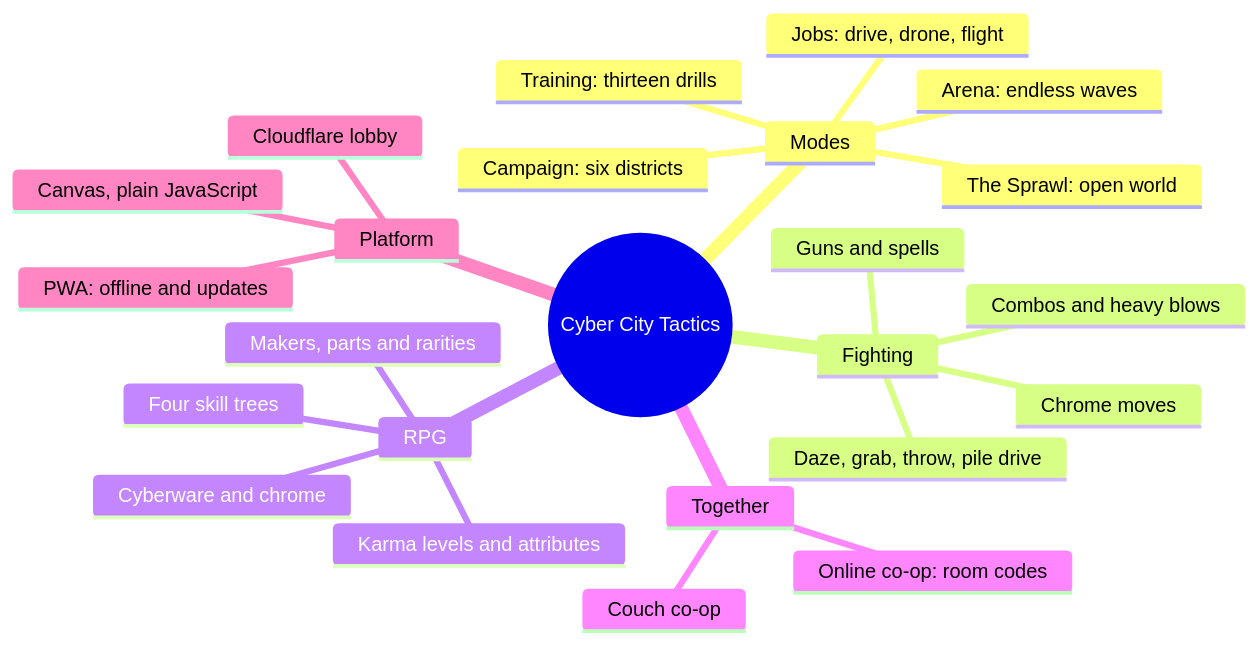
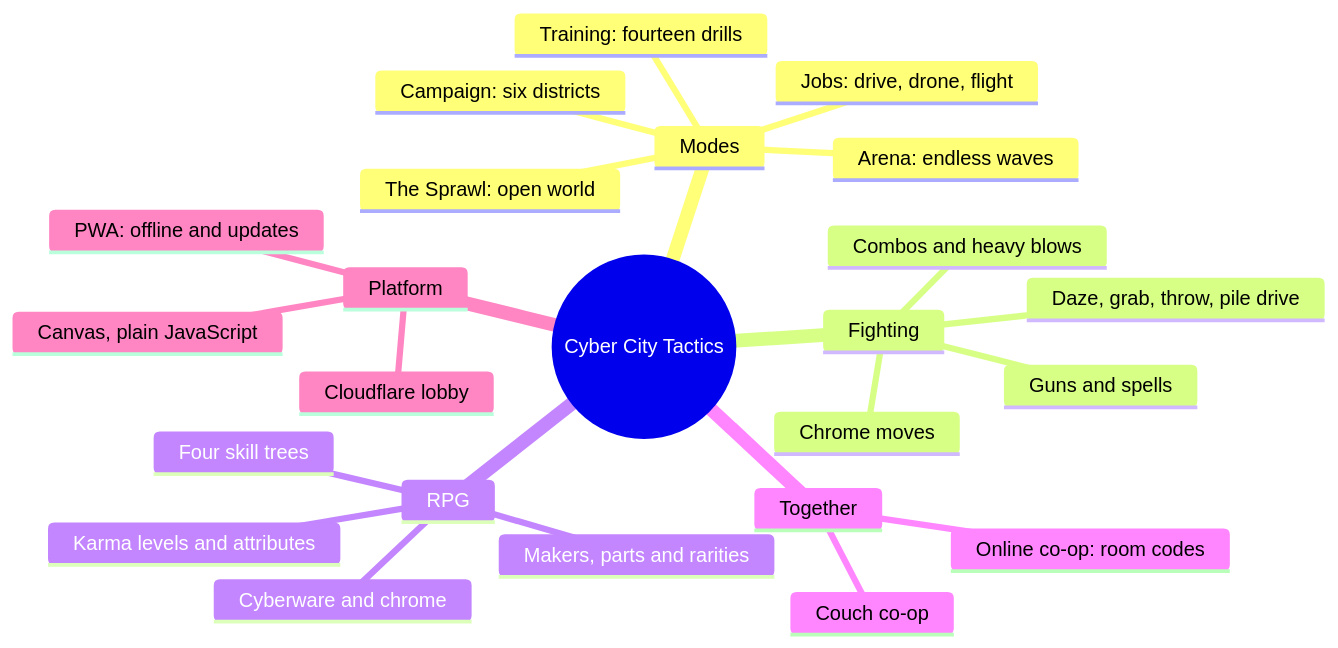
One commit to CptNope/Cyber-City-Tactics changed the diagram in docs/wiki/Home.md. Above: the diagram before and after it, drawn with Mermaid. The commit also changed 26 other files, not shown here.

````diff
--- a/docs/wiki/Home.md
+++ b/docs/wiki/Home.md
@@ -7,27 +7,27 @@
 ```mermaid
 mindmap
   root((Cyber City Tactics))
     Modes
       Campaign: six districts
       The Sprawl: open world
       Arena: endless waves
       Jobs: drive, drone, flight
-      Training: thirteen drills
+      Training: fourteen drills
     Fighting
       Combos and heavy blows
       Daze, grab, throw, pile drive
       Guns and spells
       Chrome moves
     RPG
       Karma levels and attributes
       Four skill trees
       Makers, parts and rarities
       Cyberware and chrome
     Together
       Couch co-op
       Online co-op: room codes
     Platform
       Canvas, plain JavaScript
       PWA: offline and updates
       Cloudflare lobby
 ```
````
